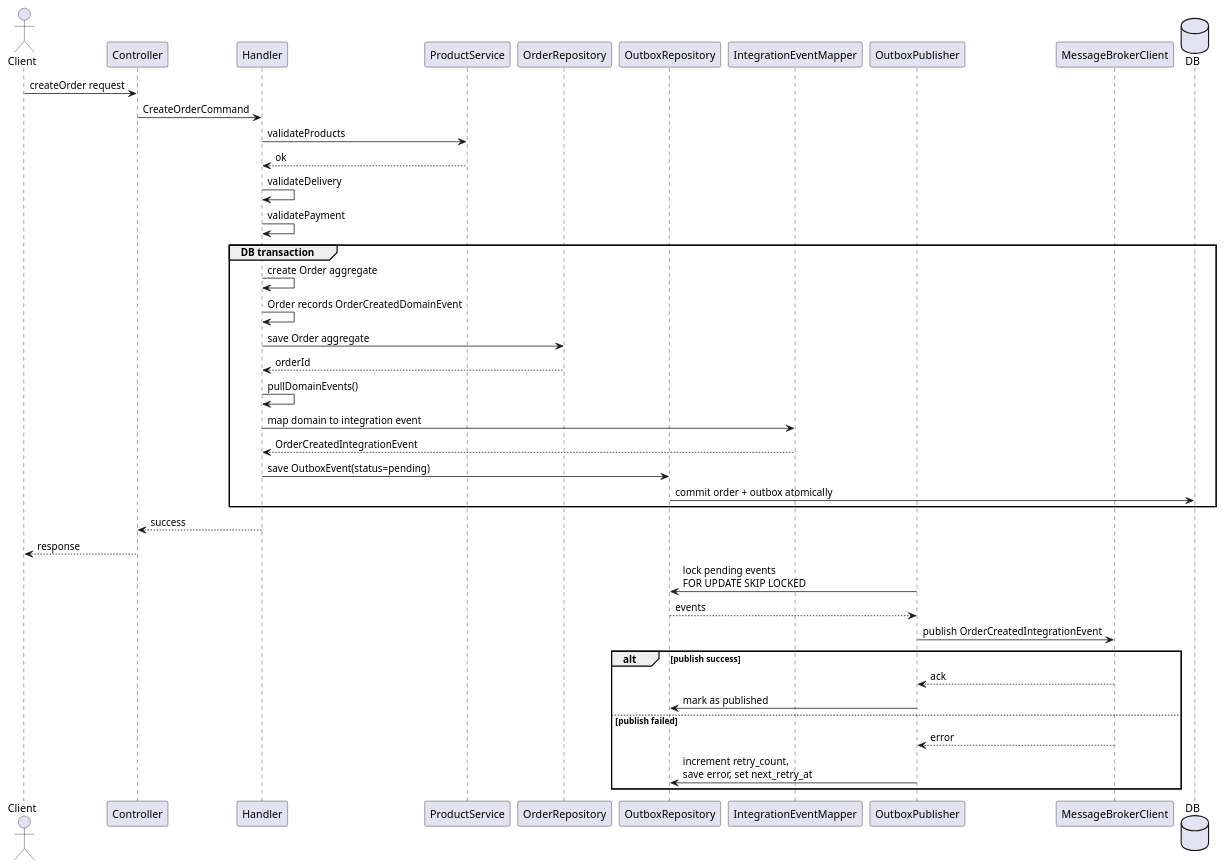
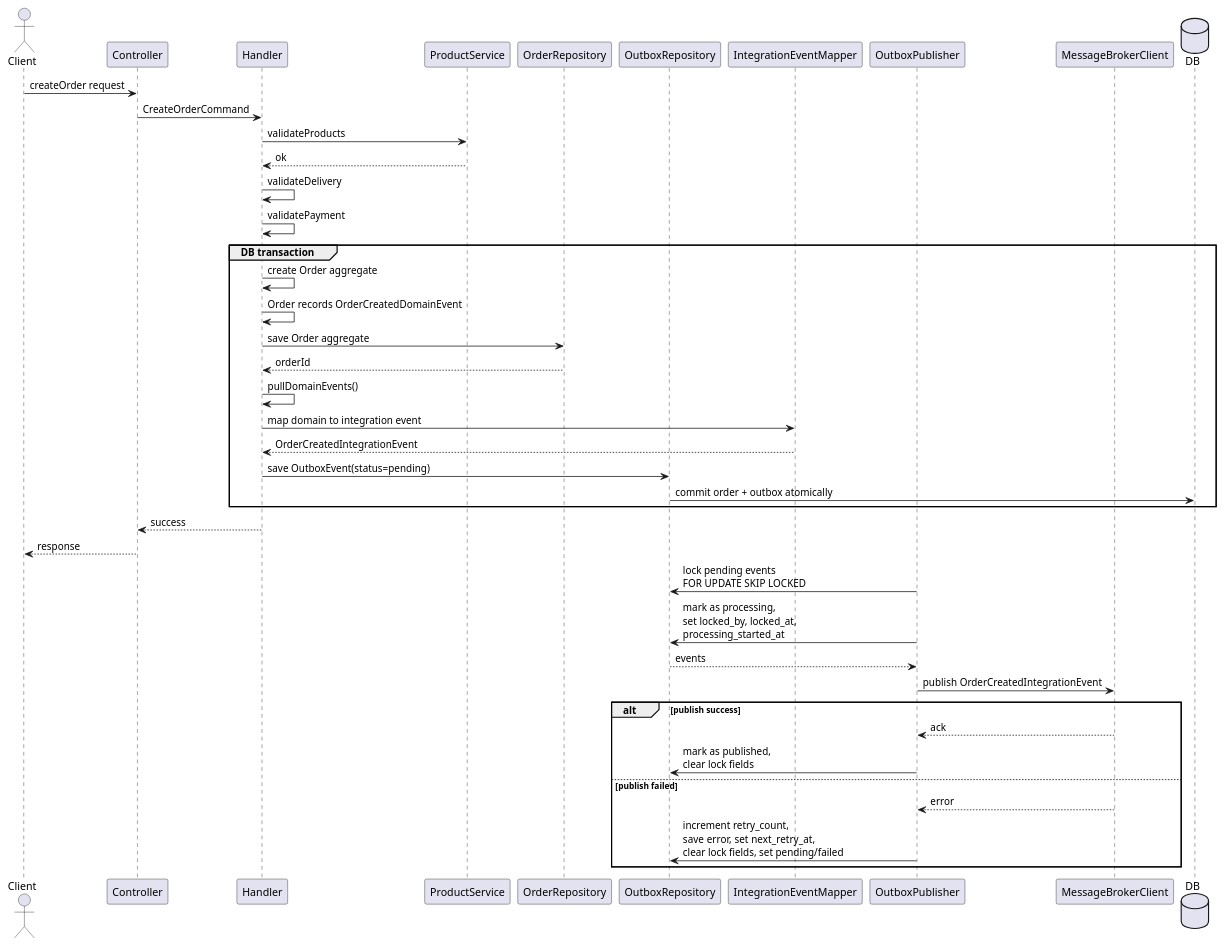
Before and after one commit to robotateme/order-service-design: the diagram in sequence.puml, drawn with PlantUML. The commit also changed 3 other files, not shown here.

```diff
--- a/sequence.puml
+++ b/sequence.puml
@@ -1,50 +1,51 @@
 @startuml
 
 actor Client
 participant Controller
 participant Handler
 participant ProductService
 participant OrderRepository
 participant OutboxRepository
 participant IntegrationEventMapper
 participant OutboxPublisher
 participant MessageBrokerClient
 database DB
 
 Client -> Controller : createOrder request
 Controller -> Handler : CreateOrderCommand
 
 Handler -> ProductService : validateProducts
 ProductService --> Handler : ok
 
 Handler -> Handler : validateDelivery
 Handler -> Handler : validatePayment
 
 group DB transaction
 Handler -> Handler : create Order aggregate
 Handler -> Handler : Order records OrderCreatedDomainEvent
 Handler -> OrderRepository : save Order aggregate
 OrderRepository --> Handler : orderId
 
 Handler -> Handler : pullDomainEvents()
 Handler -> IntegrationEventMapper : map domain to integration event
 IntegrationEventMapper --> Handler : OrderCreatedIntegrationEvent
 Handler -> OutboxRepository : save OutboxEvent(status=pending)
 OutboxRepository -> DB : commit order + outbox atomically
 end
 
 Handler --> Controller : success
 Controller --> Client : response
 
 OutboxPublisher -> OutboxRepository : lock pending events\nFOR UPDATE SKIP LOCKED
+OutboxPublisher -> OutboxRepository : mark as processing,\nset locked_by, locked_at,\nprocessing_started_at
 OutboxRepository --> OutboxPublisher : events
 OutboxPublisher -> MessageBrokerClient : publish OrderCreatedIntegrationEvent
 alt publish success
 MessageBrokerClient --> OutboxPublisher : ack
-OutboxPublisher -> OutboxRepository : mark as published
+OutboxPublisher -> OutboxRepository : mark as published,\nclear lock fields
 else publish failed
 MessageBrokerClient --> OutboxPublisher : error
-OutboxPublisher -> OutboxRepository : increment retry_count,\nsave error, set next_retry_at
+OutboxPublisher -> OutboxRepository : increment retry_count,\nsave error, set next_retry_at,\nclear lock fields, set pending/failed
 end
 
 @enduml
```
